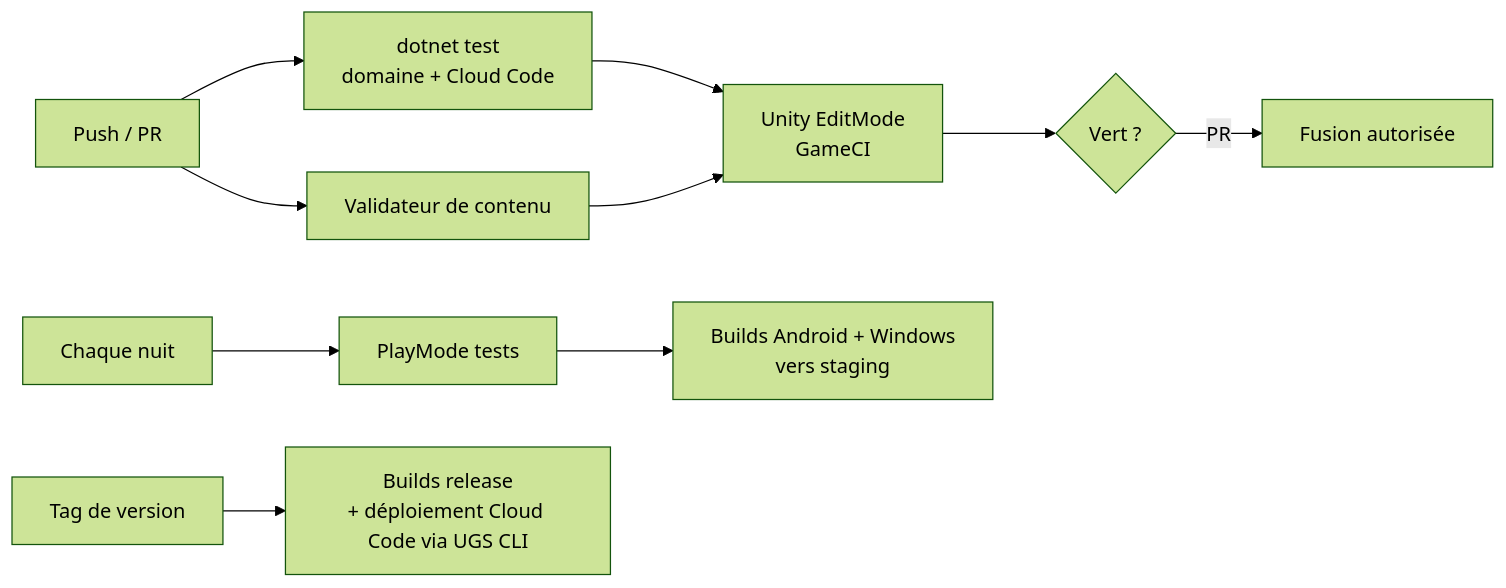
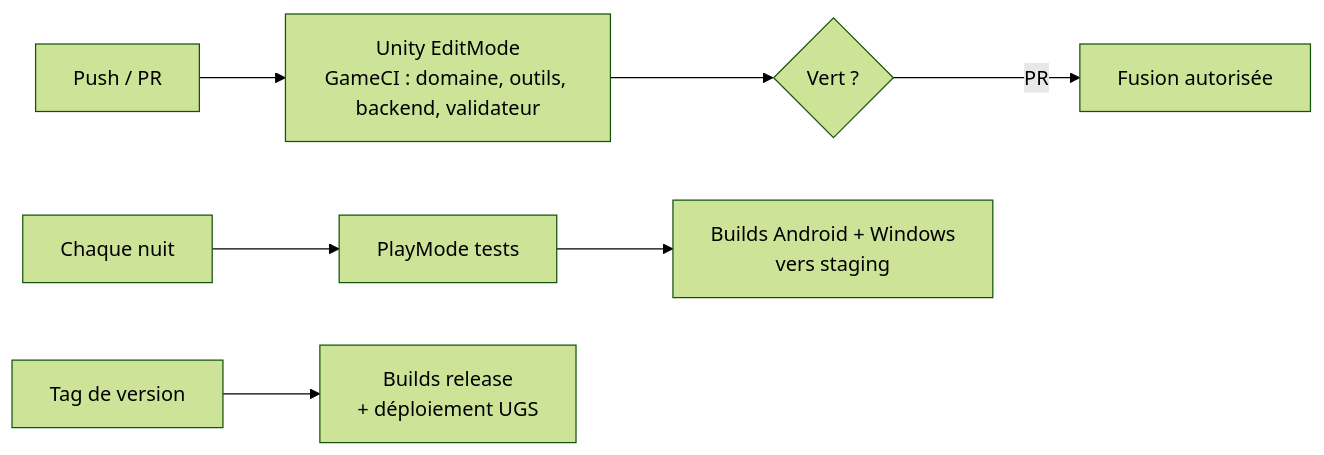
The diagram in 04_Tech_Unity/09_Tests_Outils_CI.md (studio-n29/heroes-dawn), drawn with Mermaid (forest theme) before and after one commit. The commit also changed other lines of this file and 17 other files, not shown here.

Commit message:
chore: tout dans Unity — suppression des outils .NET et du module serveur, docs à jour

````diff
--- a/04_Tech_Unity/09_Tests_Outils_CI.md
+++ b/04_Tech_Unity/09_Tests_Outils_CI.md
@@ -53,10 +50,8 @@
 ```mermaid
 flowchart LR
-  PUSH[Push / PR] --> T1[dotnet test<br/>domaine + Cloud Code]
-  PUSH --> T2[Validateur de contenu]
-  T1 & T2 --> T3[Unity EditMode<br/>GameCI]
+  PUSH[Push / PR] --> T3[Unity EditMode<br/>GameCI : domaine, outils, backend, validateur]
   T3 --> OK{Vert ?}
   OK -->|PR| MERGE[Fusion autorisée]
   NIGHT[Chaque nuit] --> PM[PlayMode tests] --> B[Builds Android + Windows<br/>vers staging]
-  TAG[Tag de version] --> REL[Builds release<br/>+ déploiement Cloud Code via UGS CLI]
+  TAG[Tag de version] --> REL[Builds release<br/>+ déploiement UGS]
 ```
````
